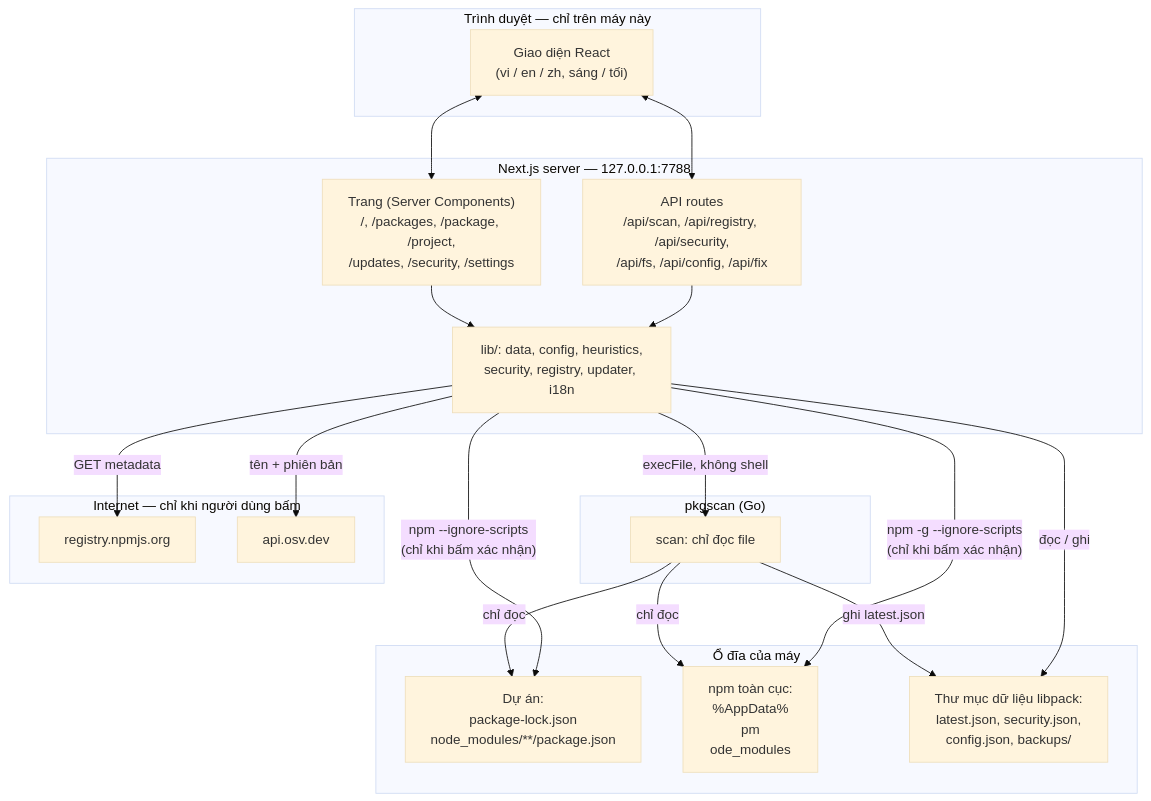
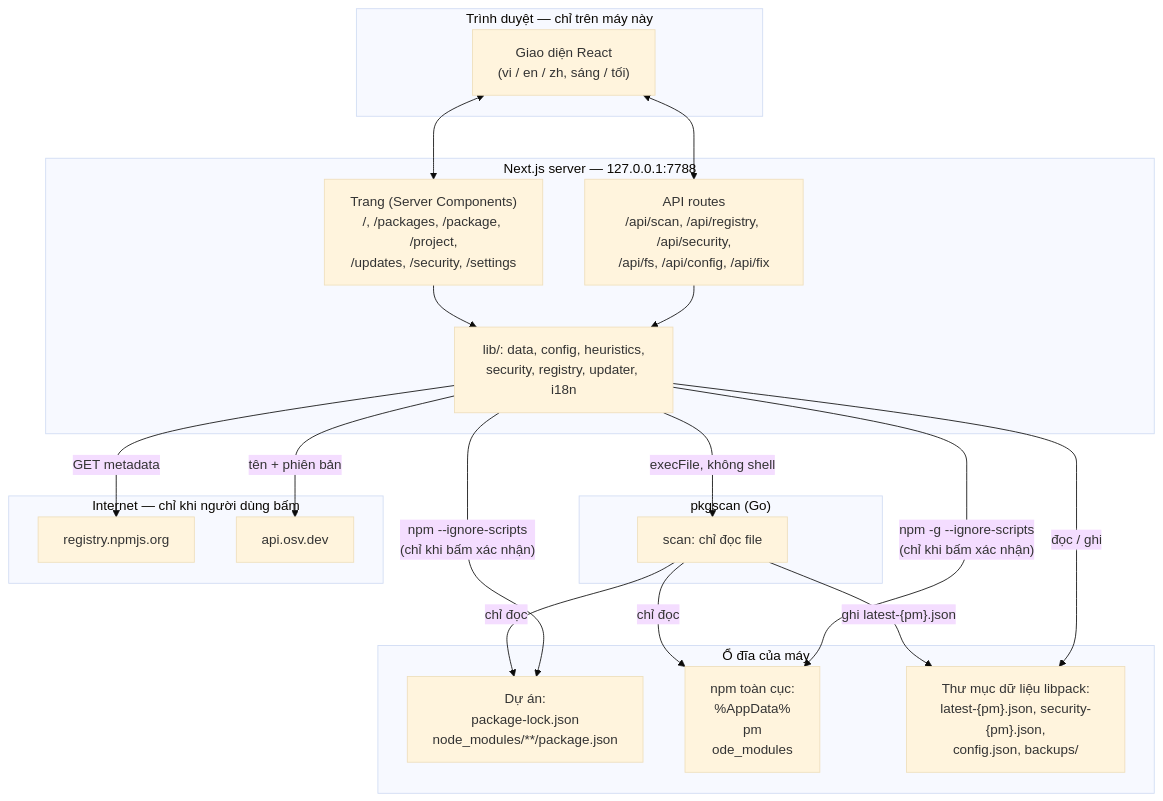
The diagram in docs/vi/architecture.md (phanhuyyy/libpack-guard), drawn with Mermaid (base theme) before and after one commit. The commit also changed other lines of this file and 50 other files, not shown here.

````diff
--- a/docs/vi/architecture.md
+++ b/docs/vi/architecture.md
@@ -7,41 +7,41 @@
 ```mermaid
 flowchart TB
     subgraph Browser["Trình duyệt — chỉ trên máy này"]
         UI["Giao diện React<br/>(vi / en / zh, sáng / tối)"]
     end
 
     subgraph Server["Next.js server — 127.0.0.1:7788"]
         Pages["Trang (Server Components)<br/>/, /packages, /package, /project,<br/>/updates, /security, /settings"]
         API["API routes<br/>/api/scan, /api/registry, /api/security,<br/>/api/fs, /api/config, /api/fix"]
         Lib["lib/: data, config, heuristics,<br/>security, registry, updater, i18n"]
     end
 
     subgraph Agent["pkgscan (Go)"]
         Scan["scan: chỉ đọc file"]
     end
 
     subgraph Disk["Ổ đĩa của máy"]
         Projects["Dự án:<br/>package-lock.json<br/>node_modules/**/package.json"]
         Global["npm toàn cục:<br/>%AppData%\npm\node_modules"]
-        DataDir["Thư mục dữ liệu libpack:<br/>latest.json, security.json,<br/>config.json, backups/"]
+        DataDir["Thư mục dữ liệu libpack:<br/>latest-{pm}.json, security-{pm}.json,<br/>config.json, backups/"]
     end
 
     subgraph Internet["Internet — chỉ khi người dùng bấm"]
         Registry["registry.npmjs.org"]
         OSV["api.osv.dev"]
     end
 
     UI <--> Pages
     UI <--> API
     Pages --> Lib
     API --> Lib
     Lib -- "execFile, không shell" --> Scan
     Scan -- "chỉ đọc" --> Projects
     Scan -- "chỉ đọc" --> Global
-    Scan -- "ghi latest.json" --> DataDir
+    Scan -- "ghi latest-{pm}.json" --> DataDir
     Lib -- "đọc / ghi" --> DataDir
     Lib -- "GET metadata" --> Registry
     Lib -- "tên + phiên bản" --> OSV
     Lib -- "npm --ignore-scripts<br/>(chỉ khi bấm xác nhận)" --> Projects
     Lib -- "npm -g --ignore-scripts<br/>(chỉ khi bấm xác nhận)" --> Global
 ```
````
